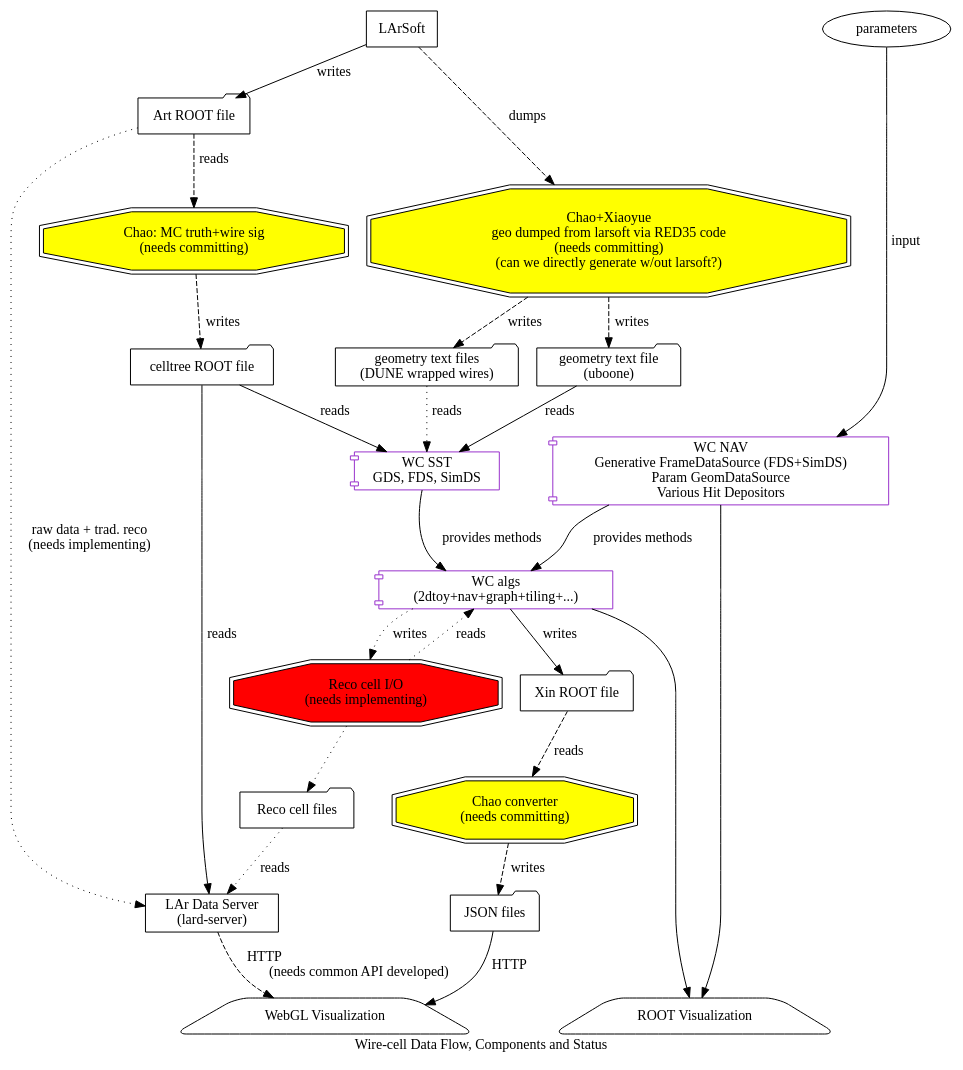
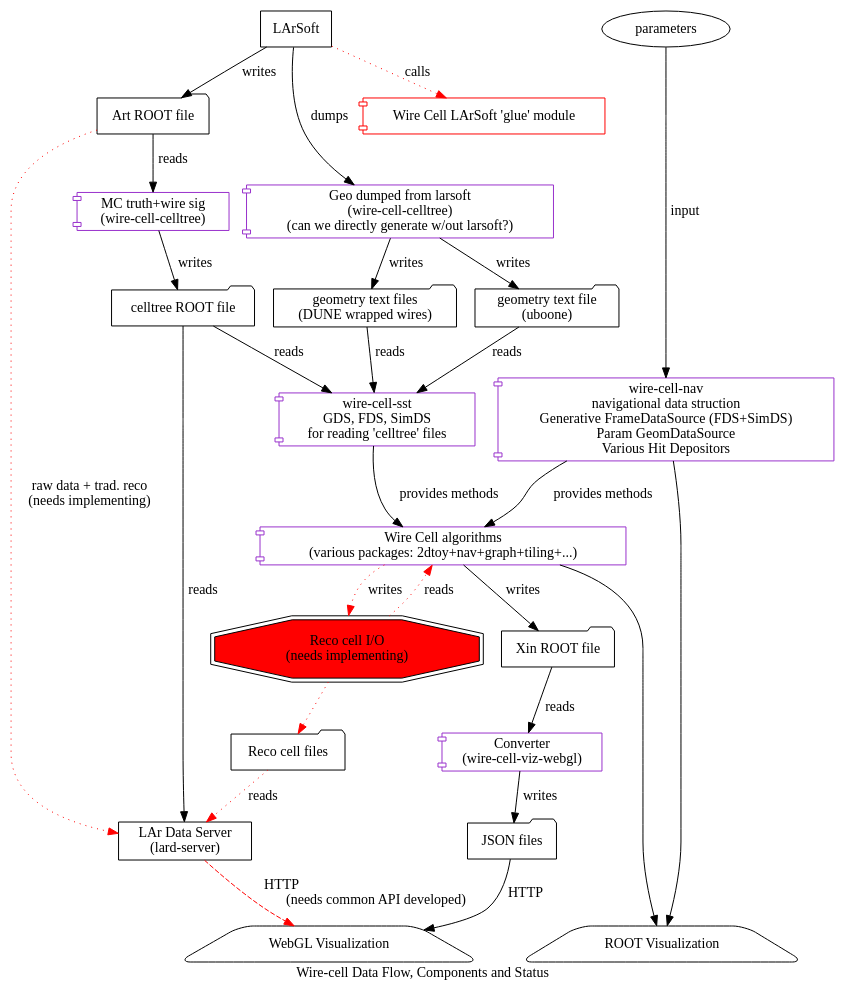
One commit to WireCell/wire-cell-docs changed the diagram in docs/img/ecosystem-data.dot. Above: the diagram before and after it, drawn with Graphviz. The commit also changed 4 other files, not shown here.

```diff
--- a/docs/img/ecosystem-data.dot
+++ b/docs/img/ecosystem-data.dot
@@ -1,66 +1,72 @@
 digraph "G" {
 	label="Wire-cell Data Flow, Components and Status";
+	URL="http://bnlif.github.io/wire-cell-docs/"
 
 	larsoft[shape=box,label="LArSoft"];
+	wclmod[color=red,shape=component,label="Wire Cell LArSoft 'glue' module"];
+	
 	larfile[shape=folder, label="Art ROOT file"];
-	lardata[fillcolor=yellow,style=filled,shape=doubleoctagon,label="Chao: MC truth+wire sig\n(needs committing)"];
-	largeom[fillcolor=yellow,style=filled,shape=doubleoctagon,label="Chao+Xiaoyue\ngeo dumped from larsoft via RED35 code\n(needs committing)\n(can we directly generate w/out larsoft?)"];
+	lardata[color=darkorchid,shape=component,URL="https://github.com/BNLIF/wire-cell-celltree",label="MC truth+wire sig\n(wire-cell-celltree)"];
+	largeom[color=darkorchid,shape=component,URL="https://github.com/BNLIF/wire-cell-celltree",label="Geo dumped from larsoft\n(wire-cell-celltree)\n(can we directly generate w/out larsoft?)"];
 	celltree[shape=folder, label="celltree ROOT file"];
 	geomfile_ub[shape=folder, label="geometry text file\n(uboone)"];
 	geomfile_dune[shape=folder, label="geometry text files\n(DUNE wrapped wires)"];
-	sst[color=darkorchid,shape=component,label="WC SST\nGDS, FDS, SimDS"];
+	sst[color=darkorchid,shape=component,URL="https://github.com/BNLIF/wire-cell-sst",label="wire-cell-sst\nGDS, FDS, SimDS\nfor reading 'celltree' files"];
 	params[shape=ellipse,label="parameters"];
 	
-	nav[color=darkorchid,shape=component,label="WC NAV\nGenerative FrameDataSource (FDS+SimDS)\nParam GeomDataSource\nVarious Hit Depositors"];
-	algs[color=darkorchid,shape=component,label="WC algs\n(2dtoy+nav+graph+tiling+...)"];
+	nav[color=darkorchid,shape=component,URL="https://github.com/BNLIF/wire-cell-nav",label="wire-cell-nav\nnavigational data struction\nGenerative FrameDataSource (FDS+SimDS)\nParam GeomDataSource\nVarious Hit Depositors"];
+	algs[color=darkorchid,shape=component,label="Wire Cell algorithms\n(various packages: 2dtoy+nav+graph+tiling+...)"];
 
 	xinfile[shape=folder,label="Xin ROOT file"];
 	
 
 	cellio[style=filled,fillcolor=red,shape=doubleoctagon,label="Reco cell I/O\n(needs implementing)"];
 	cellfile[shape=folder,label="Reco cell files"];
 
-	root2json[fillcolor=yellow,style=filled,shape=doubleoctagon,label="Chao converter\n(needs committing)"];
+	root2json[color=darkorchid,shape=component,URL="https://github.com/BNLIF/wire-cell-viz-webgl",label="Converter\n(wire-cell-viz-webgl)"];
 	json[shape=folder,label="JSON files"];
 	
-	lard[shape=box,label="LAr Data Server\n(lard-server)"];
+	lard[shape=box,URL="https://github.com/brettviren/lard",label="LAr Data Server\n(lard-server)"];
 	disp[style=rounded,shape=trapezium,label="WebGL Visualization"];
 	rootvis[style=rounded,shape=trapezium,label="ROOT Visualization"];
 
 	{rank=same; larsoft; params}
 
 	{rank=same; disp; rootvis}
 
 	larsoft->larfile[label="writes"];
-	larfile->lardata[style="dashed",label="reads"];
-	lardata->celltree[style="dashed",label="writes"];
-	largeom->geomfile_ub[style=dashed,label="writes"];
-	larsoft->largeom[style=dashed,label="dumps"];
-	largeom->geomfile_dune[style=dashed,label="writes"];
+	larsoft->wclmod[color=red,style=dotted,label="calls"];
+	
+
+	larfile->lardata[label="reads"];
+	lardata->celltree[label="writes"];
+	largeom->geomfile_ub[label="writes"];
+	larsoft->largeom[label="dumps"];
+	largeom->geomfile_dune[label="writes"];
 
 	celltree->sst[label="reads"];
 	geomfile_ub->sst[label="reads"];
-	geomfile_dune->sst[style="dotted",label="reads"];
+	geomfile_dune->sst[label="reads"];
 	sst->algs[label="provides methods"];
 
 	params->nav[label="input"];
 	nav->algs[label="provides methods"];
 	nav->rootvis;
 
-	algs->cellio[style="dotted",label="writes"];
-	cellio->algs[style="dotted",label="reads"];
-	cellio->cellfile[style="dotted"];
-	cellfile->lard[style="dotted",label="reads"];
+	algs->cellio[color=red,style="dotted",label="writes"];
+	cellio->algs[color=red,style="dotted",label="reads"];
+	cellio->cellfile[color=red,style="dotted"];
+	cellfile->lard[color=red,style="dotted",label="reads"];
 
-	lard->disp[style=dashed, label="HTTP\l(needs common API developed)"];
+	lard->disp[color=red,style=dashed, label="HTTP\l(needs common API developed)"];
 	celltree->lard[label="reads"];
-	larfile->lard[style=dotted, label="raw data + trad. reco\n(needs implementing)"];
+	larfile->lard[color=red,style=dotted, label="raw data + trad. reco\n(needs implementing)"];
 
 	algs->xinfile[label="writes"];
 	
-	xinfile->root2json[style=dashed,label="reads"];
-	root2json->json[style=dashed,label="writes"];
+	xinfile->root2json[label="reads"];
+	root2json->json[label="writes"];
 	json->disp[label="HTTP"];
 
 	algs->rootvis;
 }
```
